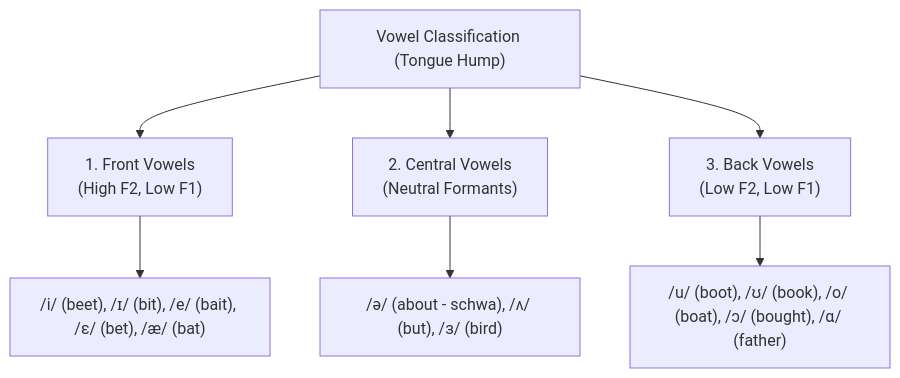
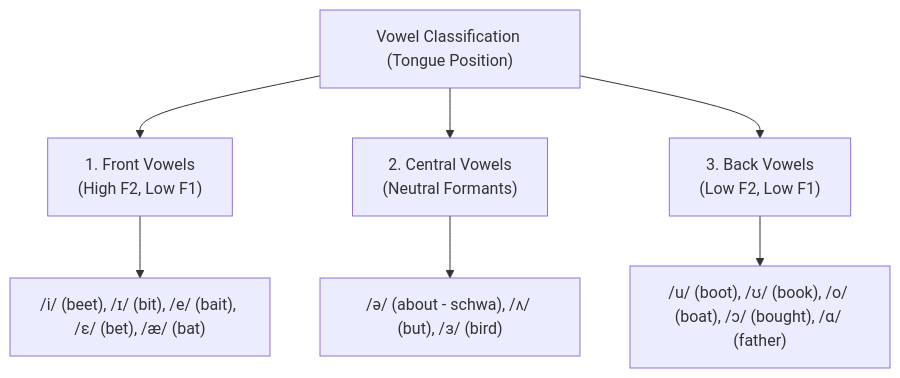
Before and after one commit to Anubhab912/Speech-and-Video-Processing: the seventh of 11 diagrams in Module_1_Speech_Processing_Concepts/Question_Bank_SAQ_LAQ_Solutions.md, drawn with Mermaid. The commit also changed other lines of this file, not shown here.

Commit message:
Rewrite all SAQs and LAQs as complete 5-mark university answers with rigorous mathematical steps and diagrams

````diff
--- a/Module_1_Speech_Processing_Concepts/Question_Bank_SAQ_LAQ_Solutions.md
+++ b/Module_1_Speech_Processing_Concepts/Question_Bank_SAQ_LAQ_Solutions.md
@@ -685,10 +1355,13 @@
 ```mermaid
 flowchart TD
-    V["Vowel Classification (Tongue Hump)"]
-    V --> F["1. Front Vowels\n(High F2, Low F1)"]
-    V --> C["2. Central Vowels\n(Neutral Formants)"]
-    V --> B["3. Back Vowels\n(Low F2, Low F1)"]
+    V["Vowel Classification (Tongue Position)"]
+    V --> F["1. Front Vowels
+(High F2, Low F1)"]
+    V --> C["2. Central Vowels
+(Neutral Formants)"]
+    V --> B["3. Back Vowels
+(Low F2, Low F1)"]
     F --> F1["/i/ (beet), /ɪ/ (bit), /e/ (bait), /ɛ/ (bet), /æ/ (bat)"]
     C --> C1["/ə/ (about - schwa), /ʌ/ (but), /ɜ/ (bird)"]
     B --> B1["/u/ (boot), /ʊ/ (book), /o/ (boat), /ɔ/ (bought), /ɑ/ (father)"]
 ```
````
